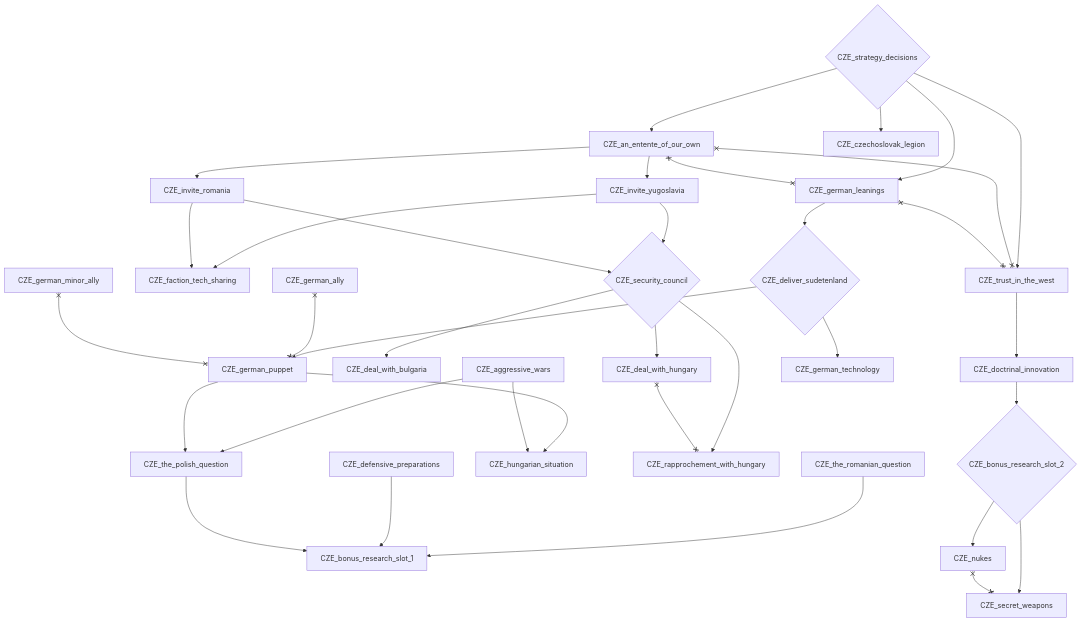
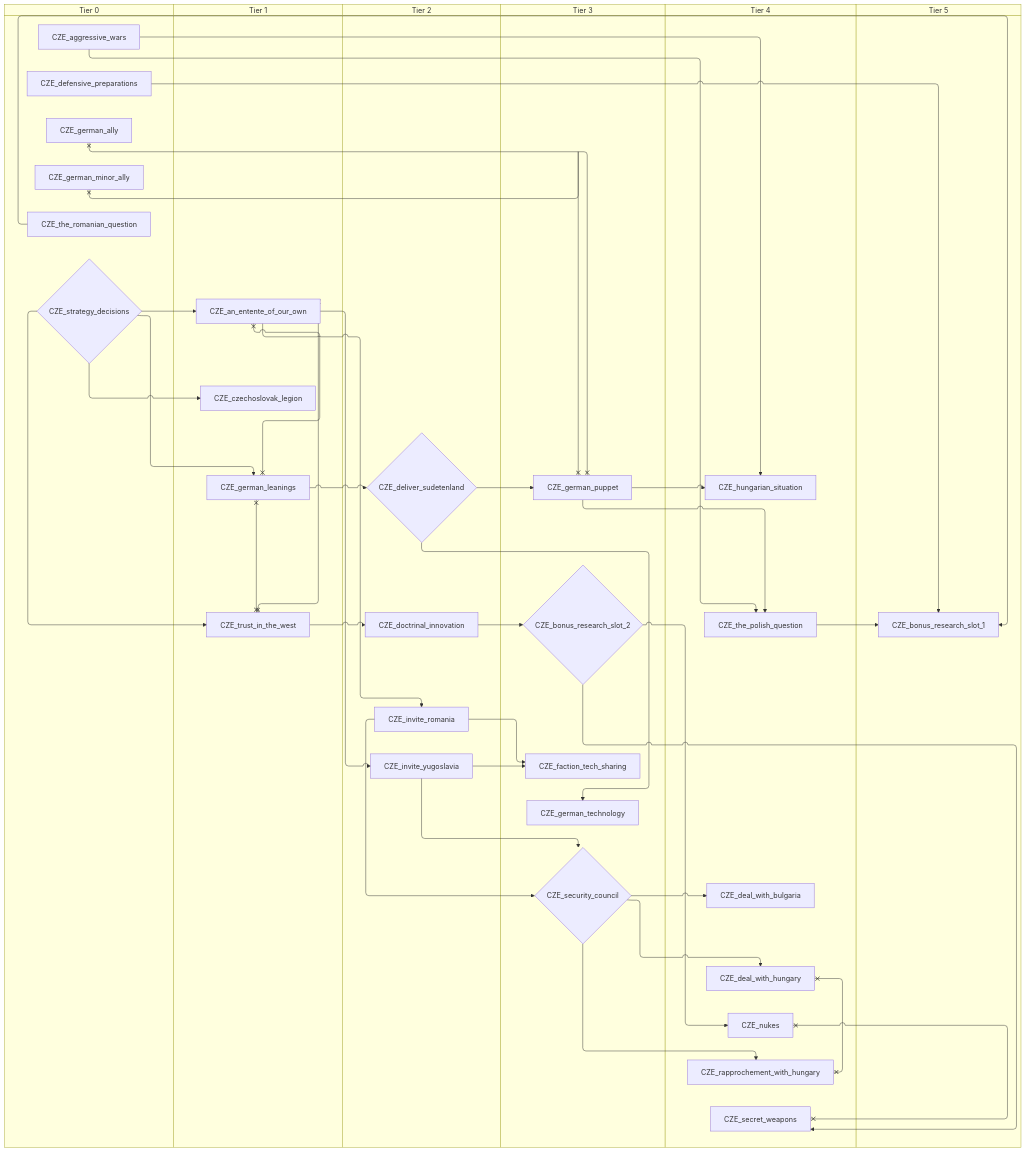
One commit to evgeny-sobol/hoi4-sandbox-mode changed the seventh of 7 diagrams in docs/gdd/National Focuses/czechoslovakia.md. Above: the diagram before and after it, drawn with Mermaid. The commit also changed other lines of this file and 80 other files, not shown here.

First line of the commit message:
Add swimlane mode to focus graph exporter

````diff
--- a/docs/gdd/National Focuses/czechoslovakia.md
+++ b/docs/gdd/National Focuses/czechoslovakia.md
@@ -200,64 +256,76 @@
 ```mermaid
-flowchart TD
-    n49["CZE_aggressive_wars"]
-    n72["CZE_an_entente_of_our_own"]
-    n51["CZE_bonus_research_slot_1"]
-    n73{"CZE_bonus_research_slot_2"}
-    n74["CZE_czechoslovak_legion"]
-    n75["CZE_deal_with_bulgaria"]
-    n76["CZE_deal_with_hungary"]
-    n56["CZE_defensive_preparations"]
-    n77{"CZE_deliver_sudetenland"}
-    n78["CZE_doctrinal_innovation"]
-    n79["CZE_faction_tech_sharing"]
-    n59["CZE_german_ally"]
-    n80["CZE_german_leanings"]
-    n60["CZE_german_minor_ally"]
-    n61["CZE_german_puppet"]
-    n81["CZE_german_technology"]
-    n65["CZE_hungarian_situation"]
-    n82["CZE_invite_romania"]
-    n83["CZE_invite_yugoslavia"]
-    n84["CZE_nukes"]
-    n85["CZE_rapprochement_with_hungary"]
-    n86["CZE_secret_weapons"]
-    n87{"CZE_security_council"}
-    n88{"CZE_strategy_decisions"}
-    n70["CZE_the_polish_question"]
-    n71["CZE_the_romanian_question"]
-    n89["CZE_trust_in_the_west"]
-    n88 --> n72
-    n71 --> n51
-    n56 --> n51
-    n70 --> n51
-    n78 --> n73
-    n88 --> n74
-    n87 --> n75
-    n87 --> n76
-    n80 --> n77
-    n89 --> n78
-    n83 --> n79
-    n82 --> n79
-    n88 --> n80
-    n77 --> n61
-    n77 --> n81
-    n61 --> n65
-    n49 --> n65
-    n72 --> n82
-    n72 --> n83
-    n73 --> n84
-    n87 --> n85
-    n73 --> n86
-    n83 --> n87
-    n82 --> n87
-    n49 --> n70
-    n61 --> n70
-    n88 --> n89
-    n72 x--x n80
-    n72 x--x n89
-    n76 x--x n85
-    n59 x--x n61
-    n80 x--x n89
-    n60 x--x n61
-    n84 x--x n86
+swimlane-beta TD
+    subgraph tier_0["Tier 0"]
+        n57["CZE_aggressive_wars"]
+        n59["CZE_defensive_preparations"]
+        n65["CZE_german_ally"]
+        n66["CZE_german_minor_ally"]
+        n72{"CZE_strategy_decisions"}
+        n69["CZE_the_romanian_question"]
+    end
+    subgraph tier_1["Tier 1"]
+        n73["CZE_an_entente_of_our_own"]
+        n74["CZE_czechoslovak_legion"]
+        n75["CZE_german_leanings"]
+        n76["CZE_trust_in_the_west"]
+    end
+    subgraph tier_2["Tier 2"]
+        n77{"CZE_deliver_sudetenland"}
+        n78["CZE_doctrinal_innovation"]
+        n79["CZE_invite_romania"]
+        n80["CZE_invite_yugoslavia"]
+    end
+    subgraph tier_3["Tier 3"]
+        n81{"CZE_bonus_research_slot_2"}
+        n82["CZE_faction_tech_sharing"]
+        n49["CZE_german_puppet"]
+        n83["CZE_german_technology"]
+        n84{"CZE_security_council"}
+    end
+    subgraph tier_4["Tier 4"]
+        n85["CZE_deal_with_bulgaria"]
+        n86["CZE_deal_with_hungary"]
+        n67["CZE_hungarian_situation"]
+        n87["CZE_nukes"]
+        n88["CZE_rapprochement_with_hungary"]
+        n89["CZE_secret_weapons"]
+        n68["CZE_the_polish_question"]
+    end
+    subgraph tier_5["Tier 5"]
+        n70["CZE_bonus_research_slot_1"]
+    end
+    n72 --> n73
+    n69 --> n70
+    n59 --> n70
+    n68 --> n70
+    n78 --> n81
+    n72 --> n74
+    n84 --> n85
+    n84 --> n86
+    n75 --> n77
+    n76 --> n78
+    n80 --> n82
+    n79 --> n82
+    n72 --> n75
+    n77 --> n49
+    n77 --> n83
+    n49 --> n67
+    n57 --> n67
+    n73 --> n79
+    n73 --> n80
+    n81 --> n87
+    n84 --> n88
+    n81 --> n89
+    n80 --> n84
+    n79 --> n84
+    n57 --> n68
+    n49 --> n68
+    n72 --> n76
+    n73 x--x n75
+    n73 x--x n76
+    n86 x--x n88
+    n65 x--x n49
+    n75 x--x n76
+    n66 x--x n49
+    n87 x--x n89
 ```
````
